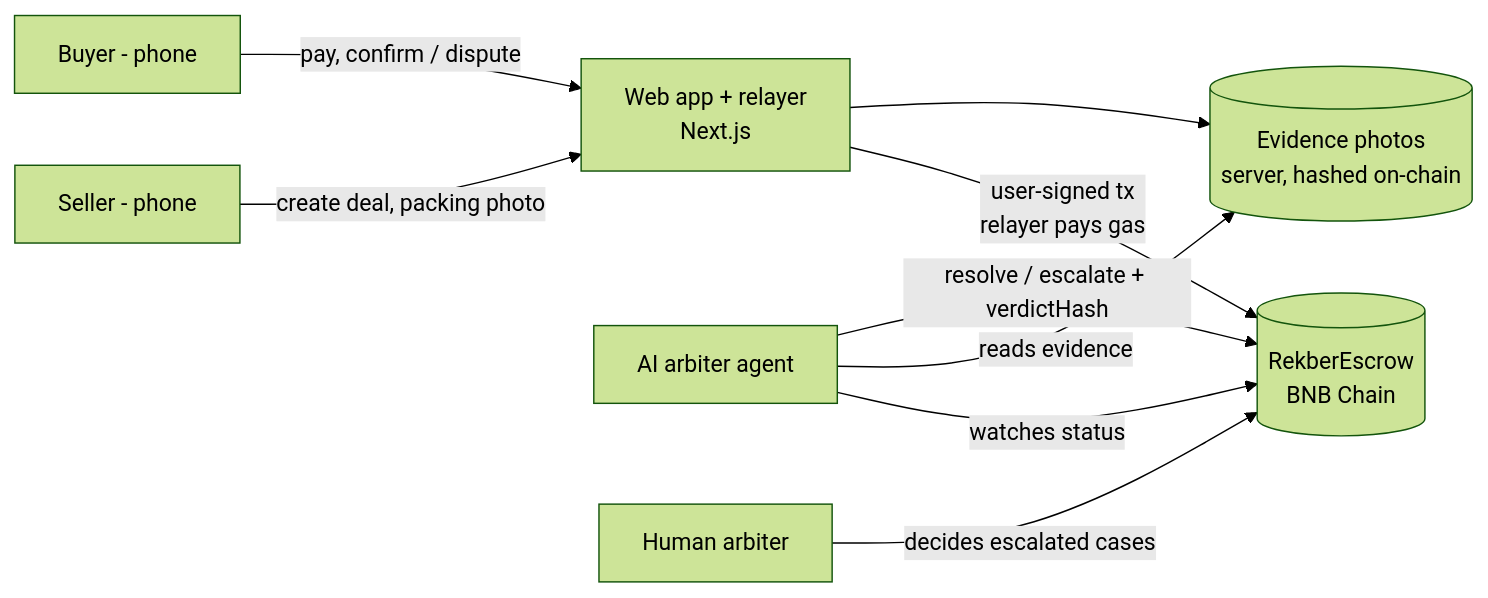
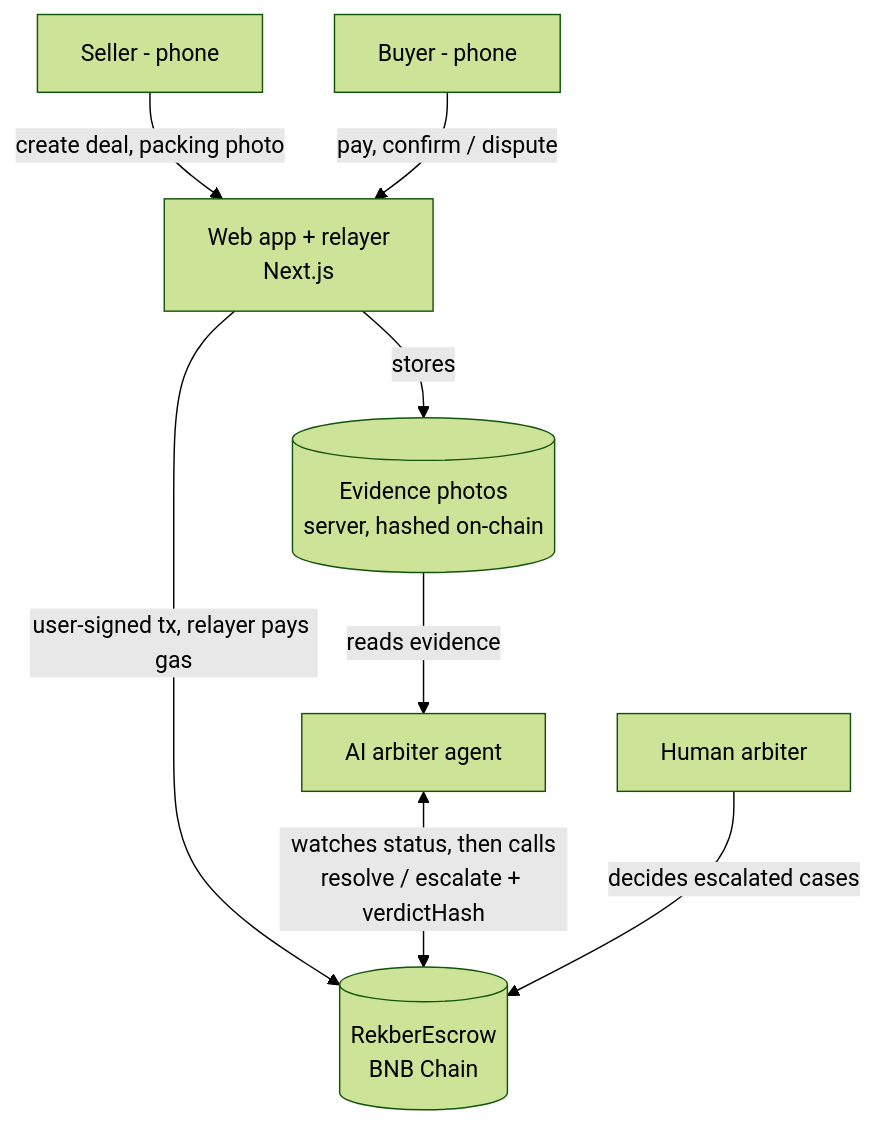
One commit to whard2205/Rekber-ai changed the second of 3 diagrams in README.md. Above: the diagram before and after it, drawn with Mermaid (forest theme). The commit also changed other lines of this file and 1 other file, not shown here.

Commit message:
docs(R-15): README dispute-decision diagram, tidier architecture diagram

````diff
--- a/README.md
+++ b/README.md
@@ -49,11 +49,10 @@
 ```mermaid
-flowchart LR
-  S[Seller - phone] -->|create deal, packing photo| W[Web app + relayer<br/>Next.js]
-  B[Buyer - phone] -->|pay, confirm / dispute| W
-  W -->|user-signed tx<br/>relayer pays gas| C[(RekberEscrow<br/>BNB Chain)]
-  A[AI arbiter agent] -->|watches status| C
-  A -->|reads evidence| D[(Evidence photos<br/>server, hashed on-chain)]
-  W --> D
-  A -->|resolve / escalate + verdictHash| C
-  H[Human arbiter] -->|decides escalated cases| C
+flowchart TB
+  S["Seller - phone"] -->|create deal, packing photo| W["Web app + relayer<br/>Next.js"]
+  B["Buyer - phone"] -->|pay, confirm / dispute| W
+  W -->|stores| D[("Evidence photos<br/>server, hashed on-chain")]
+  W -->|user-signed tx, relayer pays gas| C[("RekberEscrow<br/>BNB Chain")]
+  D -->|reads evidence| A["AI arbiter agent"]
+  A <-->|watches status, then calls<br/>resolve / escalate + verdictHash| C
+  H["Human arbiter"] -->|decides escalated cases| C
 ```
````
